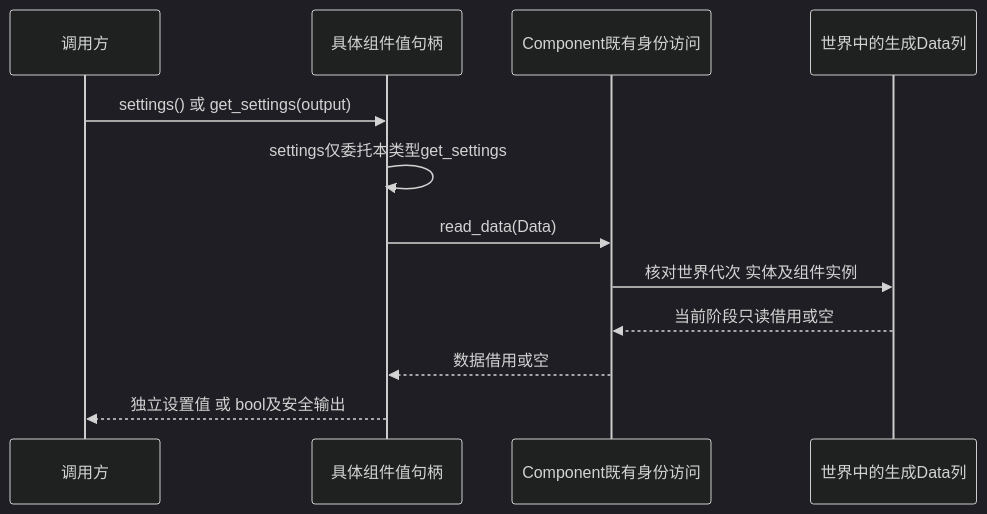
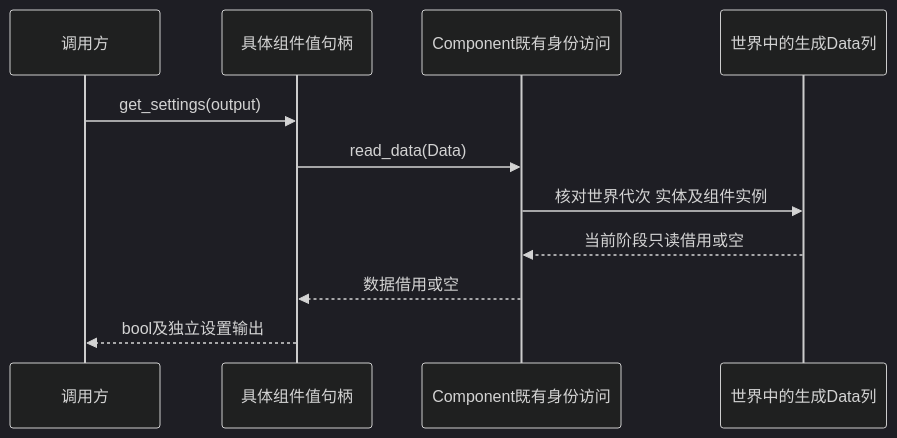
The first of 2 diagrams in docs/runtime/class-diagrams/component.md (lcals/Engine), drawn with Mermaid (dark theme) before and after one commit. The commit also changed other lines of this file and 244 other files, not shown here.

````diff
--- a/docs/runtime/class-diagrams/component.md
+++ b/docs/runtime/class-diagrams/component.md
@@ -11,14 +11,13 @@
 ```mermaid
 sequenceDiagram
     participant Caller as 调用方
     participant Typed as 具体组件值句柄
     participant Base as Component既有身份访问
     participant Ecs as 世界中的生成Data列
-    Caller->>Typed: settings() 或 get_settings(output)
-    Typed->>Typed: settings仅委托本类型get_settings
+    Caller->>Typed: get_settings(output)
     Typed->>Base: read_data(Data)
     Base->>Ecs: 核对世界代次 实体及组件实例
     Ecs-->>Base: 当前阶段只读借用或空
     Base-->>Typed: 数据借用或空
-    Typed-->>Caller: 独立设置值 或 bool及安全输出
+    Typed-->>Caller: bool及独立设置输出
 ```
````
